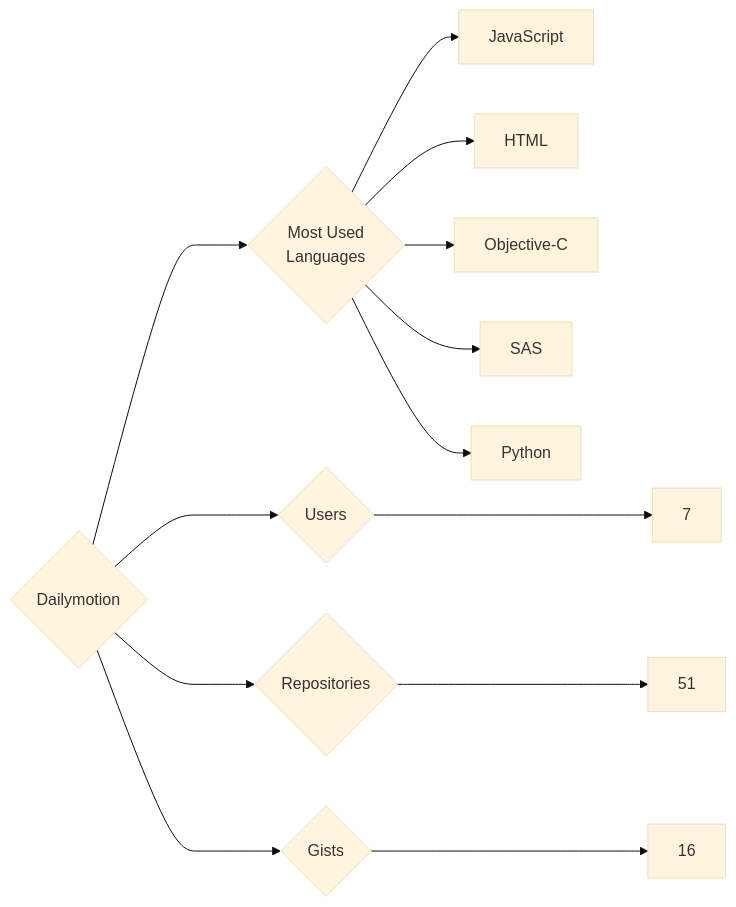
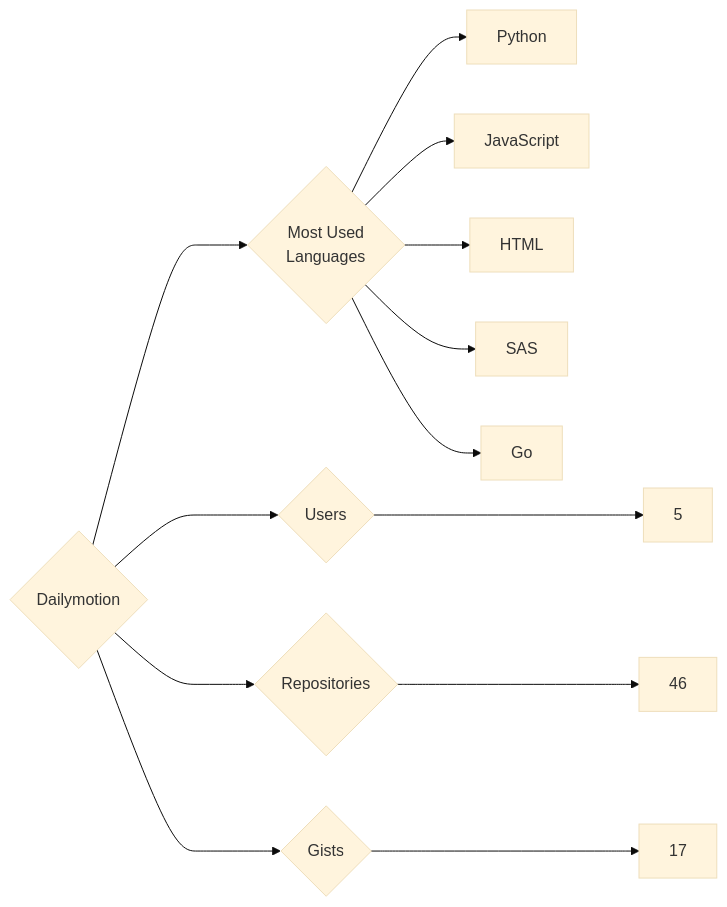
Before and after one commit to trickest/insiders: the diagram in targets/Dailymotion/README.md, drawn with Mermaid (base theme). The commit also changed 1030 other files, not shown here.

````diff
--- a/targets/Dailymotion/README.md
+++ b/targets/Dailymotion/README.md
@@ -3,13 +3,13 @@
 ```mermaid
 graph LR
 COMPANY_NAME{Dailymotion}
-COMPANY_NAME ---> U{Users} ---> UN[7]
-COMPANY_NAME ---> R{Repositories} ---> RN[51]
-COMPANY_NAME ---> G{Gists} ---> GN[16]
+COMPANY_NAME ---> U{Users} ---> UN[5]
+COMPANY_NAME ---> R{Repositories} ---> RN[46]
+COMPANY_NAME ---> G{Gists} ---> GN[17]
 COMPANY_NAME ---> ML{Most Used<br>Languages}
+ML --> Python[Python]
 ML --> JavaScript[JavaScript]
 ML --> HTML[HTML]
-ML --> Objective-C[Objective-C]
 ML --> SAS[SAS]
-ML --> Python[Python]
+ML --> Go[Go]
 ```
````
